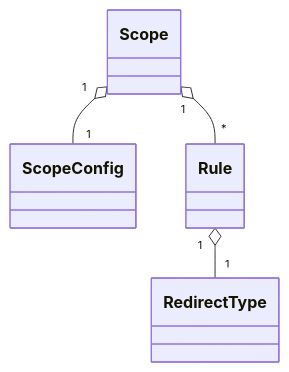
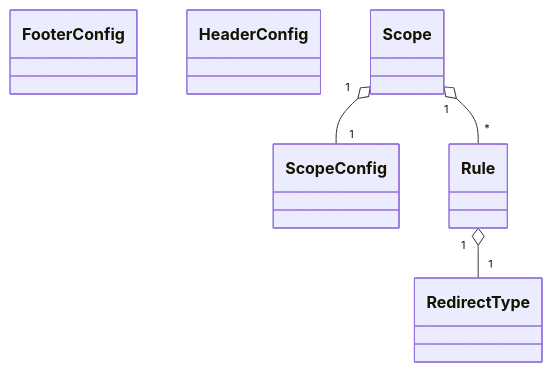
Before and after one commit to kwabounga/htaccess-maker: the diagram in README.md, drawn with Mermaid.

Commit message:
mermaid 2

````diff
--- a/README.md
+++ b/README.md
@@ -293,9 +293,9 @@
 ```mermaid
 classDiagram
-    Class FooterConfig
-    Class HeaderConfig
+    class FooterConfig
+    class HeaderConfig
     Scope "1" o-- "1" ScopeConfig
     Scope "1" o-- "*" Rule
     Rule "1" o-- "1" RedirectType
     
 ```
````
